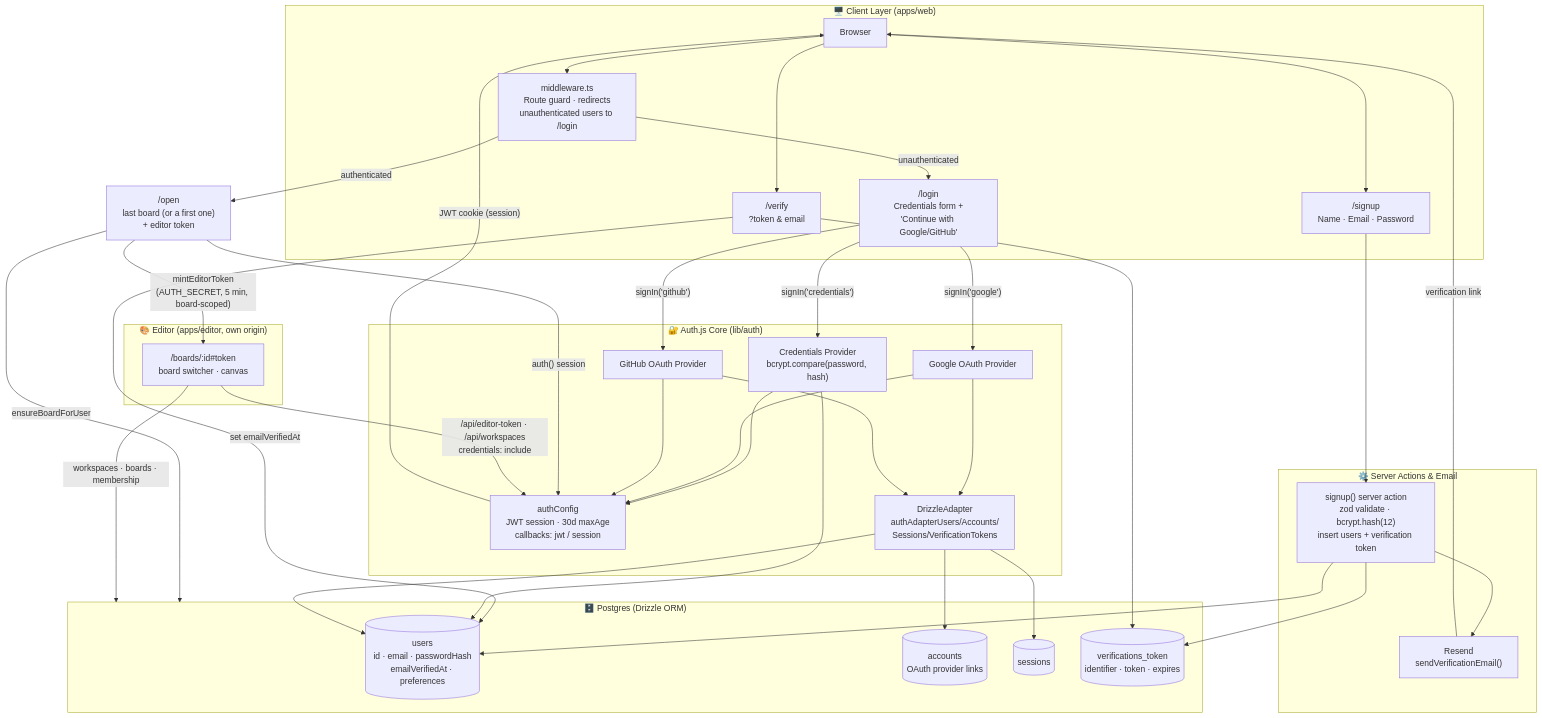
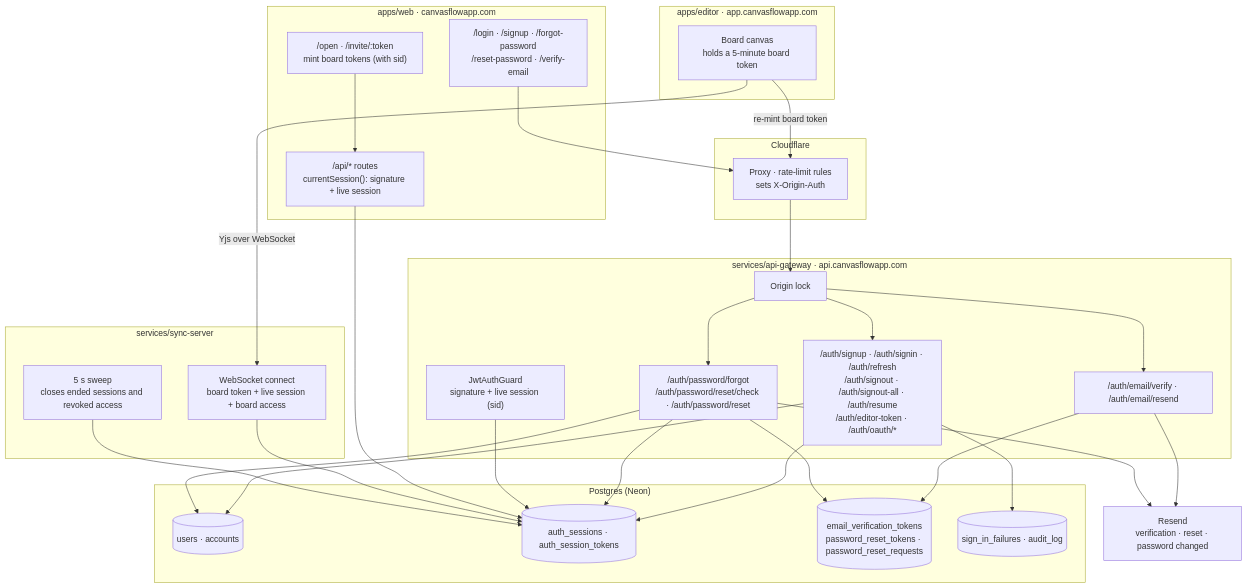
The diagram in docs/auth-architecture.md (Moxsahil/canvasflow), drawn with Mermaid before and after one commit. The commit also changed other lines of this file and 79 other files, not shown here.

First line of the commit message:
feat(auth): add password reset, and end revoked sessions at once (#99)

````diff
--- a/docs/auth-architecture.md
+++ b/docs/auth-architecture.md
@@ -3,77 +9,50 @@
 ```mermaid
 flowchart TD
-
-    subgraph CLIENT["🖥️ Client Layer (apps/web)"]
-        BROWSER["Browser"]
-        MW["middleware.ts\nRoute guard · redirects\nunauthenticated users to /login"]
-        LOGIN["/login\nCredentials form +\n'Continue with Google/GitHub'"]
-        SIGNUP["/signup\nName · Email · Password"]
-        VERIFY["/verify\n?token & email"]
+    subgraph EDGE["Cloudflare"]
+        CF["Proxy · rate-limit rules\nsets X-Origin-Auth"]
     end
 
-    subgraph AUTHCORE["🔐 Auth.js Core (lib/auth)"]
-        CONFIG["authConfig\nJWT session · 30d maxAge\ncallbacks: jwt / session"]
-        PROV_CRED["Credentials Provider\nbcrypt.compare(password, hash)"]
-        PROV_GOOGLE["Google OAuth Provider"]
-        PROV_GITHUB["GitHub OAuth Provider"]
-        ADAPTER["DrizzleAdapter\nauthAdapterUsers/Accounts/\nSessions/VerificationTokens"]
+    subgraph WEB["apps/web · canvasflowapp.com"]
+        PAGES["/login · /signup · /forgot-password\n/reset-password · /verify-email"]
+        OPEN["/open · /invite/:token\nmint board tokens (with sid)"]
+        WEBAPI["/api/* routes\ncurrentSession(): signature + live session"]
     end
 
-    subgraph ACTIONS["⚙️ Server Actions & Email"]
-        SIGNUP_ACTION["signup() server action\nzod validate · bcrypt.hash(12)\ninsert users + verification token"]
-        RESEND["Resend\nsendVerificationEmail()"]
+    subgraph EDITOR["apps/editor · app.canvasflowapp.com"]
+        CANVAS["Board canvas\nholds a 5-minute board token"]
     end
 
-    subgraph DB["🗄️ Postgres (Drizzle ORM)"]
-        T_USERS[("users\nid · email · passwordHash\nemailVerifiedAt · preferences")]
-        T_ACCOUNTS[("accounts\nOAuth provider links")]
-        T_SESSIONS[("sessions")]
-        T_VTOKENS[("verifications_token\nidentifier · token · expires")]
+    subgraph GATEWAY["services/api-gateway · api.canvasflowapp.com"]
+        LOCK["Origin lock"]
+        AUTH["/auth/signup · /auth/signin · /auth/refresh\n/auth/signout · /auth/signout-all · /auth/resume\n/auth/editor-token · /auth/oauth/*"]
+        EMAIL["/auth/email/verify · /auth/email/resend"]
+        RESET["/auth/password/forgot\n/auth/password/reset/check · /auth/password/reset"]
+        GUARD["JwtAuthGuard\nsignature + live session (sid)"]
     end
 
-    subgraph EDITORAPP["🎨 Editor (apps/editor, own origin)"]
-        EDITOR["/boards/:id#token\nboard switcher · canvas"]
+    subgraph SYNC["services/sync-server"]
+        WS["WebSocket connect\nboard token + live session + board access"]
+        SWEEP["5 s sweep\ncloses ended sessions and revoked access"]
     end
 
-    %% --- Browser entry points ---
-    BROWSER --> MW
-    MW -- "unauthenticated" --> LOGIN
-    MW -- "authenticated" --> OPEN["/open\nlast board (or a first one)\n+ editor token"]
-    BROWSER --> SIGNUP
-    BROWSER --> VERIFY
+    subgraph DB["Postgres (Neon)"]
+        T1[("users · accounts")]
+        T2[("auth_sessions · auth_session_tokens")]
+        T3[("email_verification_tokens\npassword_reset_tokens · password_reset_requests")]
+        T4[("sign_in_failures · audit_log")]
+    end
 
-    %% --- Signup flow ---
-    SIGNUP --> SIGNUP_ACTION
-    SIGNUP_ACTION --> T_USERS
-    SIGNUP_ACTION --> T_VTOKENS
-    SIGNUP_ACTION --> RESEND
-    RESEND -- "verification link" --> BROWSER
-    VERIFY --> T_VTOKENS
-    VERIFY -- "set emailVerifiedAt" --> T_USERS
+    RESEND["Resend\nverification · reset · password changed"]
 
-    %% --- Login flow ---
-    LOGIN -- "signIn('credentials')" --> PROV_CRED
-    LOGIN -- "signIn('google')" --> PROV_GOOGLE
-    LOGIN -- "signIn('github')" --> PROV_GITHUB
-
-    PROV_CRED --> T_USERS
-    PROV_GOOGLE --> ADAPTER
-    PROV_GITHUB --> ADAPTER
-    ADAPTER --> T_USERS
-    ADAPTER --> T_ACCOUNTS
-    ADAPTER --> T_SESSIONS
-
-    PROV_CRED --> CONFIG
-    PROV_GOOGLE --> CONFIG
-    PROV_GITHUB --> CONFIG
-    CONFIG -- "JWT cookie (session)" --> BROWSER
-
-    %% --- Into the editor ---
-    OPEN -- "auth() session" --> CONFIG
-    OPEN -- "mintEditorToken\n(AUTH_SECRET, 5 min, board-scoped)" --> EDITOR
-    OPEN -- "ensureBoardForUser" --> DB
-
-    %% --- Editor calling back, cross-origin with the session cookie ---
-    EDITOR -- "/api/editor-token · /api/workspaces\ncredentials: include" --> CONFIG
-    EDITOR -- "workspaces · boards · membership" --> DB
+    PAGES --> CF --> LOCK --> AUTH & EMAIL & RESET
+    CANVAS -- "re-mint board token" --> CF
+    CANVAS -- "Yjs over WebSocket" --> WS
+    AUTH --> T1 & T2 & T4
+    EMAIL --> T3
+    RESET --> T1 & T2 & T3
+    EMAIL & RESET --> RESEND
+    GUARD --> T2
+    OPEN --> WEBAPI --> T2
+    WS --> T2
+    SWEEP --> T2
 ```
````
